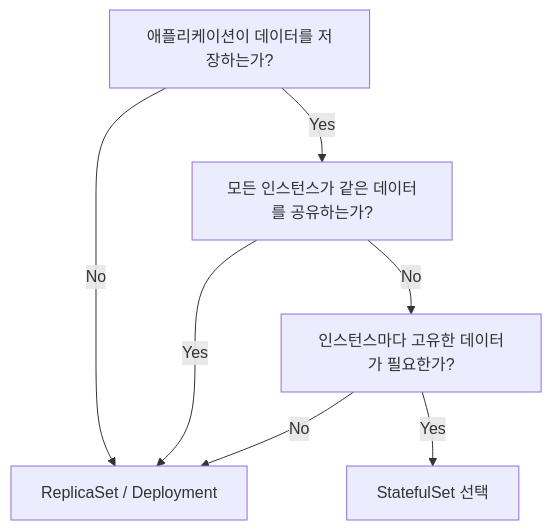
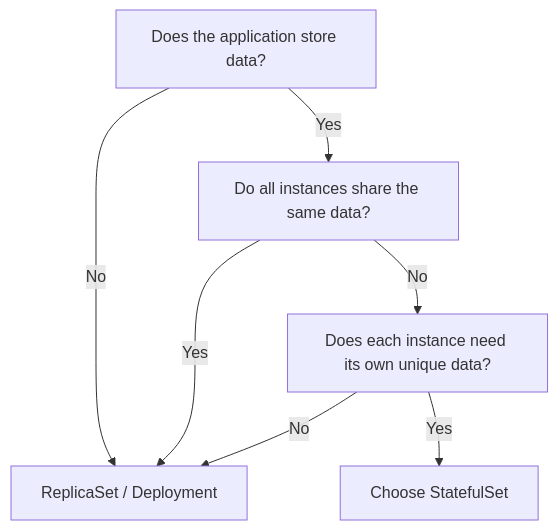
The third of 3 diagrams in content/basics/10-statefulset-vs-replicaset.md (jeonck/k8s-adv), drawn with Mermaid before and after one commit. The commit also changed other lines of this file and 223 other files, not shown here.

````diff
--- a/content/basics/10-statefulset-vs-replicaset.md
+++ b/content/basics/10-statefulset-vs-replicaset.md
@@ -68,9 +68,9 @@
 ```mermaid
 flowchart TD
-    A[애플리케이션이 데이터를 저장하는가?] -->|No| B[ReplicaSet / Deployment]
-    A -->|Yes| C[모든 인스턴스가 같은 데이터를 공유하는가?]
+    A[Does the application store data?] -->|No| B[ReplicaSet / Deployment]
+    A -->|Yes| C[Do all instances share the same data?]
     C -->|Yes| B
-    C -->|No| D[인스턴스마다 고유한 데이터가 필요한가?]
-    D -->|Yes| E[StatefulSet 선택]
+    C -->|No| D[Does each instance need its own unique data?]
+    D -->|Yes| E[Choose StatefulSet]
     D -->|No| B
 ```
````
